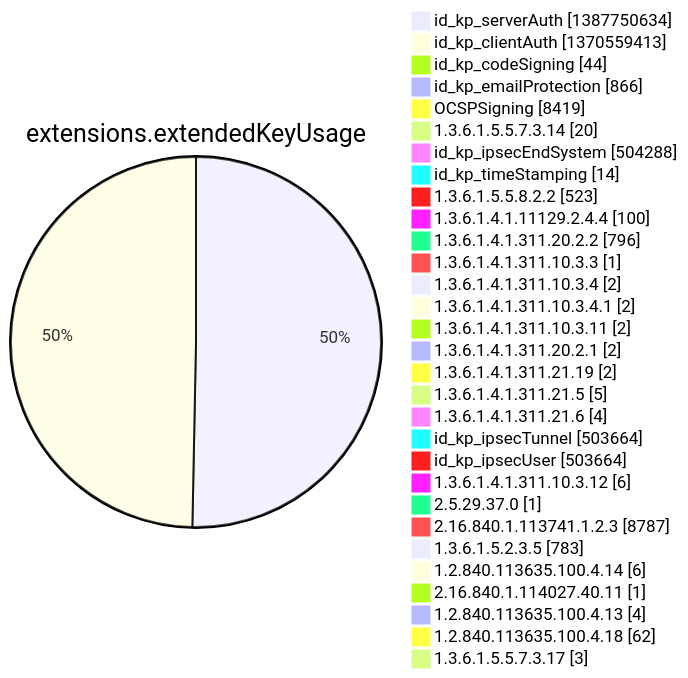
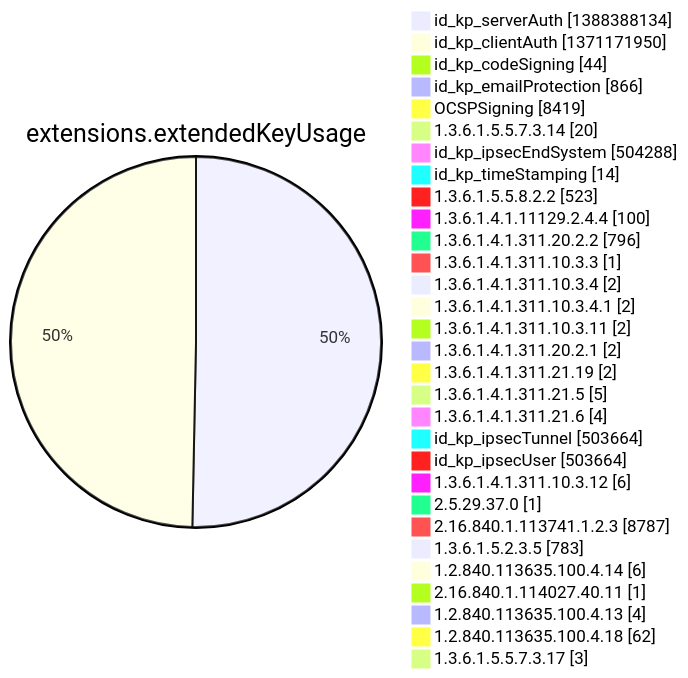
Before and after one commit to christiankrug/ctmonitor_visualization: diagram 12 of 15 in argon2022/README.md, drawn with Mermaid. The commit also changed other lines of this file, not shown here.

````diff
--- a/argon2022/README.md
+++ b/argon2022/README.md
@@ -3554,34 +3554,34 @@
 ```mermaid
 pie showData
 title extensions.extendedKeyUsage
-"id_kp_serverAuth" :1387750634
-"id_kp_clientAuth" :1370559413
+"id_kp_serverAuth" :1388388134
+"id_kp_clientAuth" :1371171950
 "id_kp_codeSigning" :44
 "id_kp_emailProtection" :866
 "OCSPSigning" :8419
 "1.3.6.1.5.5.7.3.14" :20
 "id_kp_ipsecEndSystem" :504288
 "id_kp_timeStamping" :14
 "1.3.6.1.5.5.8.2.2" :523
 "1.3.6.1.4.1.11129.2.4.4" :100
 "1.3.6.1.4.1.311.20.2.2" :796
 "1.3.6.1.4.1.311.10.3.3" :1
 "1.3.6.1.4.1.311.10.3.4" :2
 "1.3.6.1.4.1.311.10.3.4.1" :2
 "1.3.6.1.4.1.311.10.3.11" :2
 "1.3.6.1.4.1.311.20.2.1" :2
 "1.3.6.1.4.1.311.21.19" :2
 "1.3.6.1.4.1.311.21.5" :5
 "1.3.6.1.4.1.311.21.6" :4
 "id_kp_ipsecTunnel" :503664
 "id_kp_ipsecUser" :503664
 "1.3.6.1.4.1.311.10.3.12" :6
 "2.5.29.37.0" :1
 "2.16.840.1.113741.1.2.3" :8787
 "1.3.6.1.5.2.3.5" :783
 "1.2.840.113635.100.4.14" :6
 "2.16.840.1.114027.40.11" :1
 "1.2.840.113635.100.4.13" :4
 "1.2.840.113635.100.4.18" :62
 "1.3.6.1.5.5.7.3.17" :3
 ```
````
